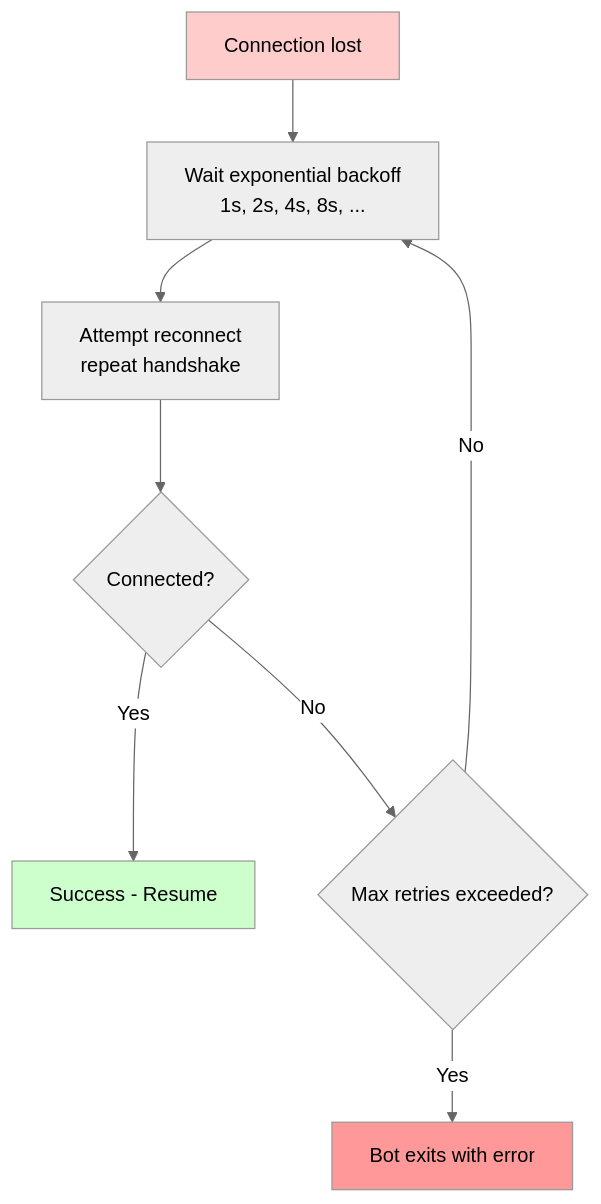
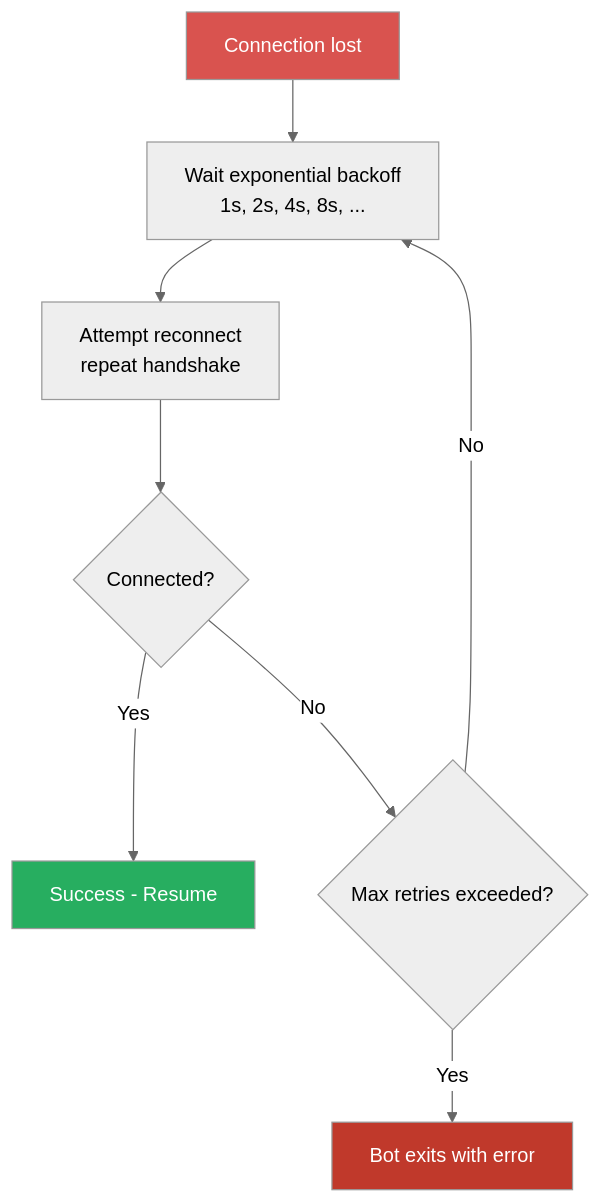
One commit to robocode-dev/tank-royale changed the fifth of 7 diagrams in docs-internal/architecture/models/flows/bot-connection.md. Above: the diagram before and after it, drawn with Mermaid (neutral theme). The commit also changed other lines of this file and 5 other files, not shown here.

First line of the commit message:
docs(internal): update sequence diagrams for v0.40.x and issue #202 fixes

````diff
--- a/docs-internal/architecture/models/flows/bot-connection.md
+++ b/docs-internal/architecture/models/flows/bot-connection.md
@@ -294,14 +296,14 @@
 ```mermaid
 flowchart TD
     A[Connection lost] --> B[Wait exponential backoff<br/>1s, 2s, 4s, 8s, ...]
     B --> C[Attempt reconnect<br/>repeat handshake]
     C --> D{Connected?}
     D -->|Yes| E[Success - Resume]
     D -->|No| F{Max retries exceeded?}
     F -->|No| B
     F -->|Yes| G[Bot exits with error]
     
-    style A fill:#FFCCCC
-    style E fill:#CCFFCC
-    style G fill:#FF9999
+    style A fill:#D9534F,color:#fff
+    style E fill:#27AE60,color:#fff
+    style G fill:#C0392B,color:#fff
 ```
````
